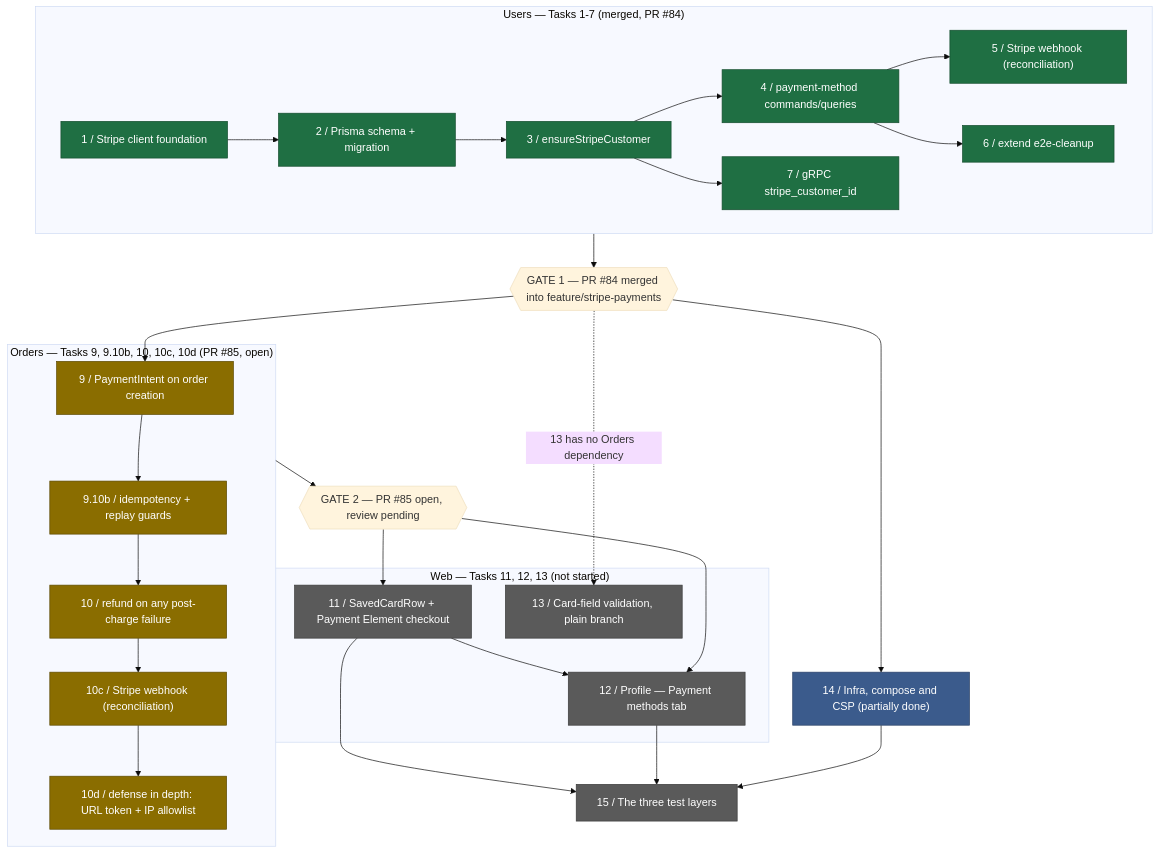
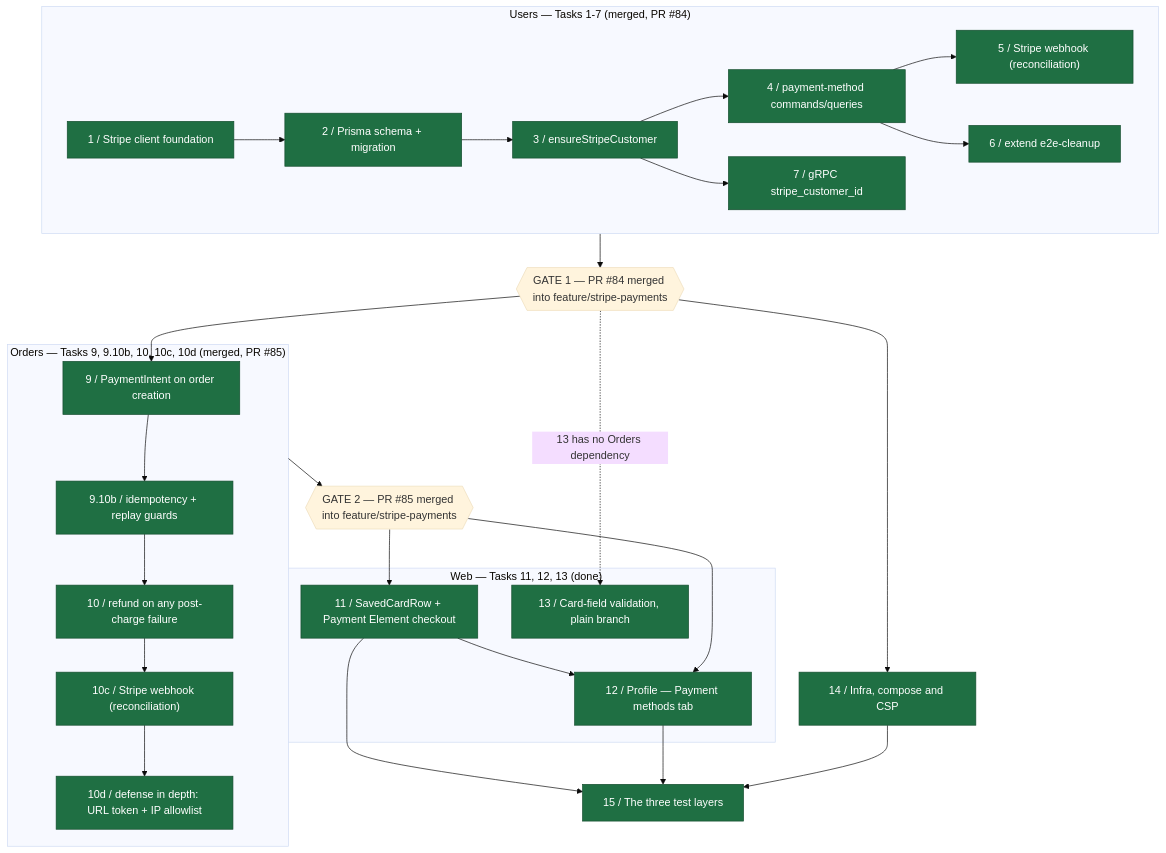
Before and after one commit to je-martinez/3-microservices-running-on-aws-infrastructure: the diagram in docs/plans/stripe-payments-milestone.md, drawn with Mermaid (base theme). The commit also changed other lines of this file and 14 other files, not shown here.

````diff
--- a/docs/plans/stripe-payments-milestone.md
+++ b/docs/plans/stripe-payments-milestone.md
@@ -51,60 +51,55 @@
 ```mermaid
 flowchart TD
     subgraph UsersWave["Users — Tasks 1-7 (merged, PR #84)"]
         T1["1 / Stripe client foundation"]
         T2["2 / Prisma schema + migration"]
         T3["3 / ensureStripeCustomer"]
         T4["4 / payment-method commands/queries"]
         T5["5 / Stripe webhook (reconciliation)"]
         T6["6 / extend e2e-cleanup"]
         T7["7 / gRPC stripe_customer_id"]
         T1 --> T2 --> T3 --> T4 --> T5
         T4 --> T6
         T3 --> T7
     end
 
     GATE1{{"GATE 1 — PR #84 merged into feature/stripe-payments"}}
     UsersWave --> GATE1
 
-    subgraph OrdersWave["Orders — Tasks 9, 9.10b, 10, 10c, 10d (PR #85, open)"]
+    subgraph OrdersWave["Orders — Tasks 9, 9.10b, 10, 10c, 10d (merged, PR #85)"]
         T9["9 / PaymentIntent on order creation"]
         T910b["9.10b / idempotency + replay guards"]
         T10["10 / refund on any post-charge failure"]
         T10c["10c / Stripe webhook (reconciliation)"]
         T10d["10d / defense in depth: URL token + IP allowlist"]
         T9 --> T910b --> T10 --> T10c --> T10d
     end
 
     GATE1 --> T9
 
-    GATE2{{"GATE 2 — PR #85 open, review pending"}}
+    GATE2{{"GATE 2 — PR #85 merged into feature/stripe-payments"}}
     OrdersWave --> GATE2
 
-    subgraph WebWave["Web — Tasks 11, 12, 13 (not started)"]
+    subgraph WebWave["Web — Tasks 11, 12, 13 (done)"]
         T11["11 / SavedCardRow + Payment Element checkout"]
         T12["12 / Profile — Payment methods tab"]
         T13["13 / Card-field validation, plain branch"]
         T11 --> T12
     end
 
     GATE2 --> T11
     GATE2 --> T12
     GATE1 -.->|"13 has no Orders dependency"| T13
 
-    T14["14 / Infra, compose and CSP (partially done)"]
+    T14["14 / Infra, compose and CSP"]
     GATE1 --> T14
 
     T15["15 / The three test layers"]
     T11 --> T15
     T12 --> T15
     T14 --> T15
 
     class T1,T2,T3,T4,T5,T6,T7 done;
-    class T9,T910b,T10,T10c,T10d review;
-    class T11,T12,T13,T15 todo;
-    class T14 partial;
+    class T9,T910b,T10,T10c,T10d,T11,T12,T13,T14,T15 done;
     classDef done fill:#1f6f43,color:#fff,stroke:#144d2e;
-    classDef review fill:#8a6d00,color:#fff,stroke:#5c4900;
-    classDef todo fill:#5a5a5a,color:#fff,stroke:#3a3a3a;
-    classDef partial fill:#3b5b8c,color:#fff,stroke:#2a4166;
 ```
````
